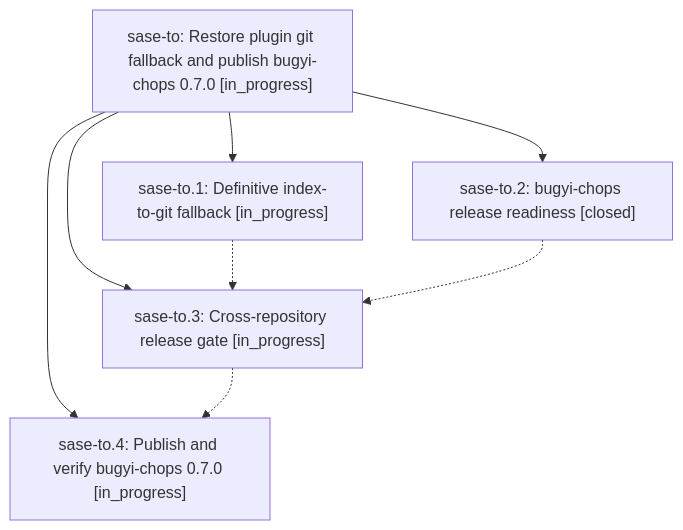
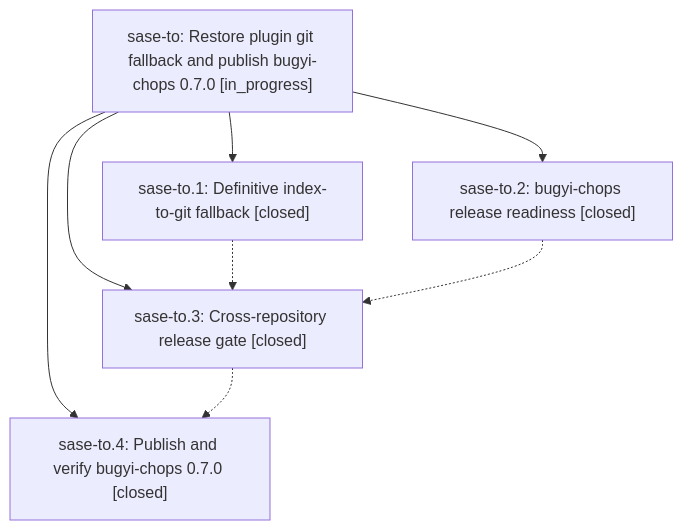
Before and after one commit to sase-org/sase--beads: the diagram in pages/sase-to/README.md, drawn with Mermaid. The commit also changed other lines of this file and 4 other files, not shown here.

````diff
--- a/pages/sase-to/README.md
+++ b/pages/sase-to/README.md
@@ -25,15 +29,15 @@
 ```mermaid
 flowchart TD
     n0["sase-to: Restore plugin git fallback and publish bugyi-chops 0.7.0 [in_progress]"]
-    n1["sase-to.1: Definitive index-to-git fallback [in_progress]"]
+    n1["sase-to.1: Definitive index-to-git fallback [closed]"]
     n2["sase-to.2: bugyi-chops release readiness [closed]"]
-    n3["sase-to.3: Cross-repository release gate [in_progress]"]
-    n4["sase-to.4: Publish and verify bugyi-chops 0.7.0 [in_progress]"]
+    n3["sase-to.3: Cross-repository release gate [closed]"]
+    n4["sase-to.4: Publish and verify bugyi-chops 0.7.0 [closed]"]
     n0 --> n1
     n0 --> n2
     n0 --> n3
     n0 --> n4
     n1 -.-> n3
     n2 -.-> n3
     n3 -.-> n4
 ```
````
